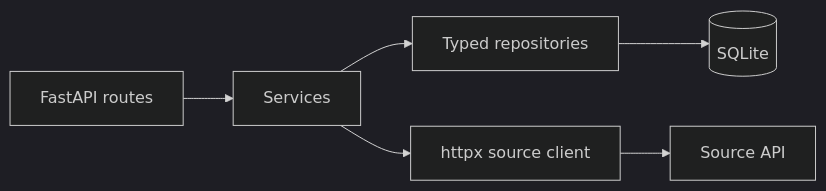
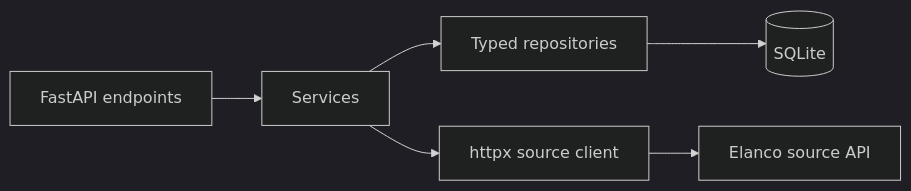
One commit to Silloh23/Elanco-Backend changed the first of 2 diagrams in README.md. Above: the diagram before and after it, drawn with Mermaid (dark theme). The commit also changed other lines of this file and 15 other files, not shown here.

````diff
--- a/README.md
+++ b/README.md
@@ -40,8 +51,8 @@
 ```mermaid
 flowchart LR
-  API[FastAPI routes] --> S[Services]
+  API[FastAPI endpoints] --> S[Services]
   S --> R[Typed repositories]
   R --> DB[(SQLite)]
   S --> C[httpx source client]
-  C --> U[Source API]
+  C --> U[Elanco source API]
 ```
````
